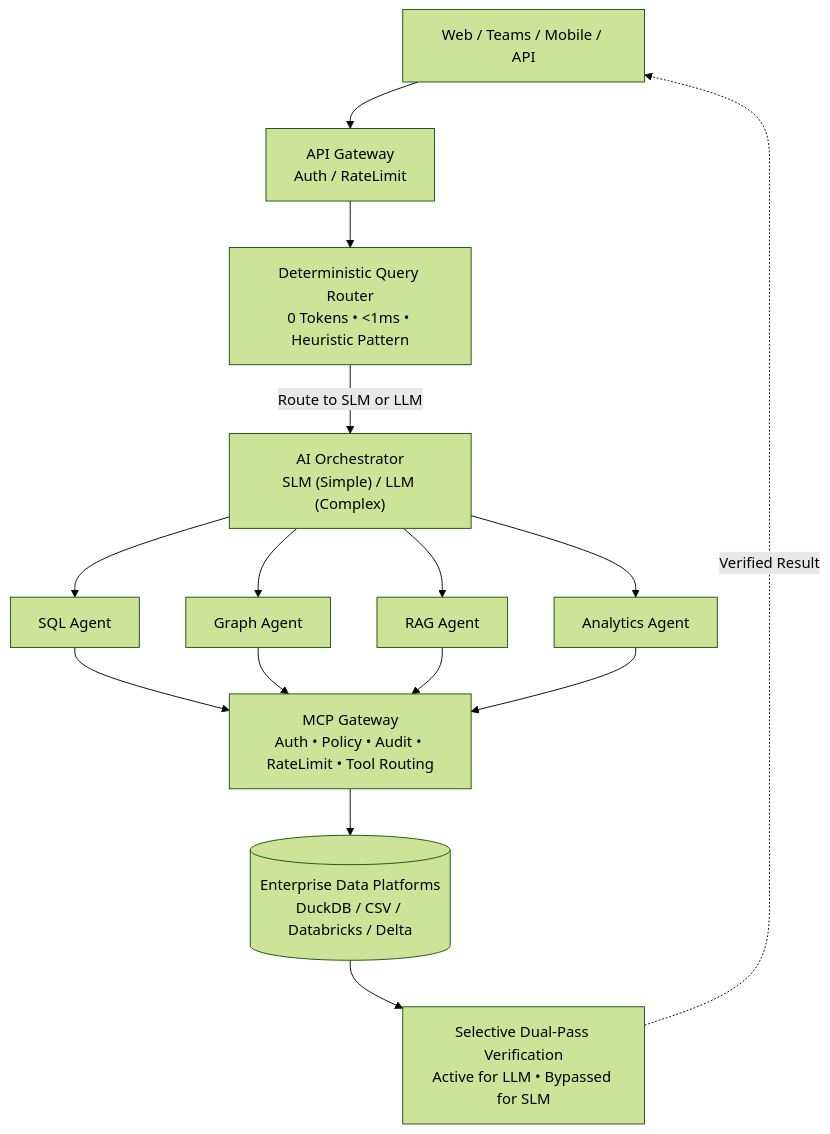
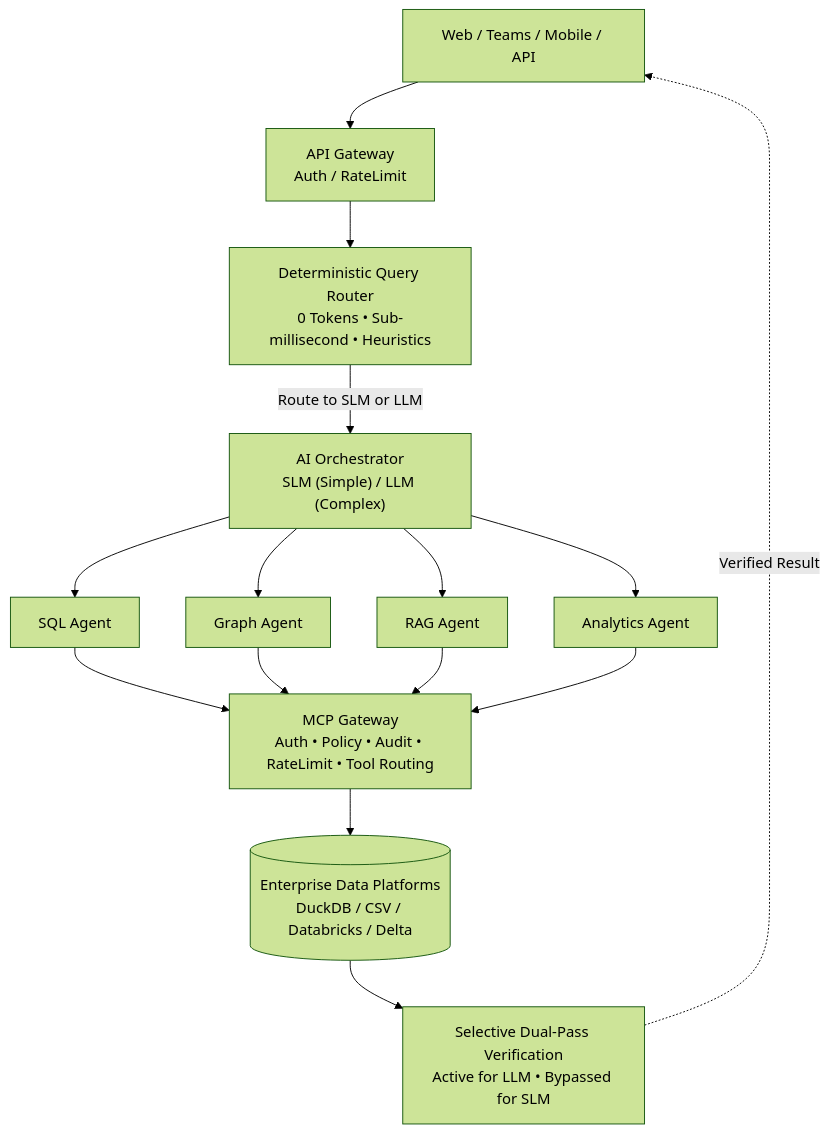
The diagram in README.md (Soumyadipta2020/Utilities-Knowledge-Hub), drawn with Mermaid (forest theme) before and after one commit.

Commit message:
flowchart diagram render error fixed

````diff
--- a/README.md
+++ b/README.md
@@ -143,39 +143,39 @@
 ```mermaid
 flowchart TD
     Client["Web / Teams / Mobile / API"]
     
-    APIGateway["API Gateway<br/>Auth / RateLimit"]
+    APIGateway["API Gateway<br>Auth / RateLimit"]
     
-    Classifier["Deterministic Query Router<br/>0 Tokens • <1ms • Heuristic Pattern"]
+    Classifier["Deterministic Query Router<br>0 Tokens • Sub-millisecond • Heuristics"]
     
-    Orchestrator["AI Orchestrator<br/>SLM (Simple) / LLM (Complex)"]
+    Orchestrator["AI Orchestrator<br>SLM (Simple) / LLM (Complex)"]
     
     SQLAgent["SQL Agent"]
     GraphAgent["Graph Agent"]
     RAGAgent["RAG Agent"]
     AnalyticsAgent["Analytics Agent"]
     
-    MCPGateway["MCP Gateway<br/>Auth • Policy • Audit • RateLimit • Tool Routing"]
+    MCPGateway["MCP Gateway<br>Auth • Policy • Audit • RateLimit • Tool Routing"]
     
-    DataSources[("Enterprise Data Platforms<br/>DuckDB / CSV / Databricks / Delta")]
+    DataSources[("Enterprise Data Platforms<br>DuckDB / CSV / Databricks / Delta")]
     
-    Verification["Selective Dual-Pass Verification<br/>Active for LLM • Bypassed for SLM"]
+    Verification["Selective Dual-Pass Verification<br>Active for LLM • Bypassed for SLM"]
 
     Client --> APIGateway
     APIGateway --> Classifier
     Classifier -->|Route to SLM or LLM| Orchestrator
     
     Orchestrator --> SQLAgent
     Orchestrator --> GraphAgent
     Orchestrator --> RAGAgent
     Orchestrator --> AnalyticsAgent
     
     SQLAgent --> MCPGateway
     GraphAgent --> MCPGateway
     RAGAgent --> MCPGateway
     AnalyticsAgent --> MCPGateway
     
     MCPGateway --> DataSources
     DataSources --> Verification
     Verification -.->|Verified Result| Client
 ```
````
